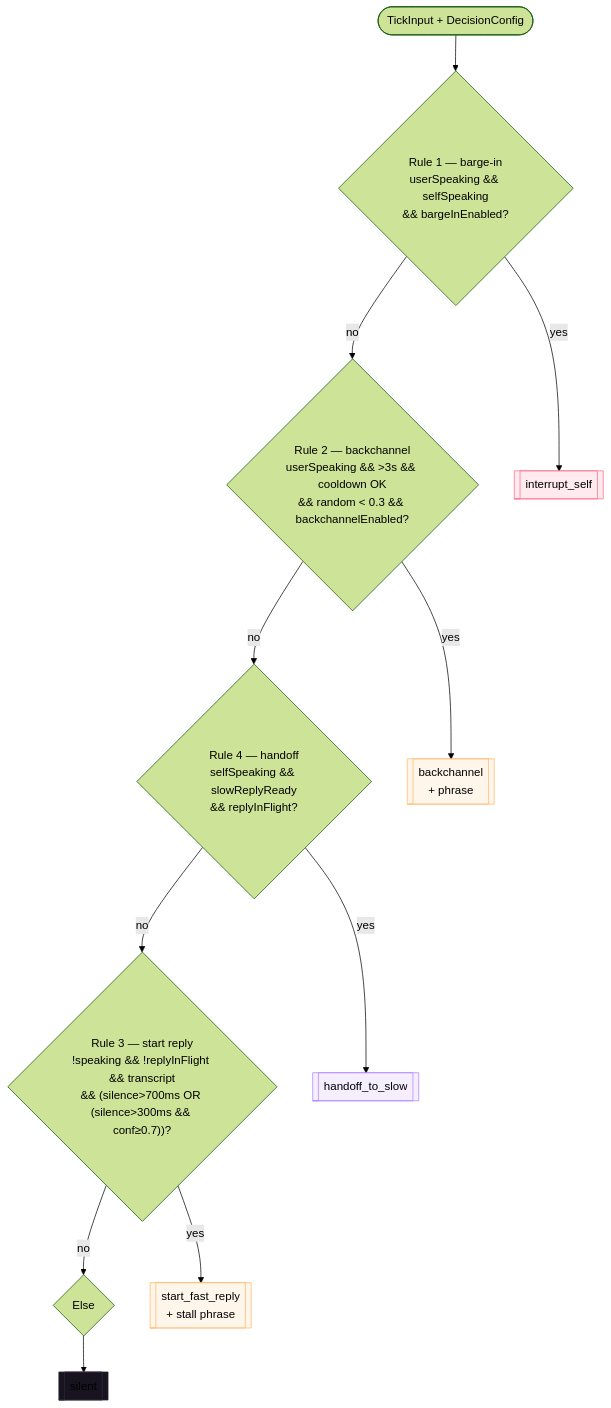
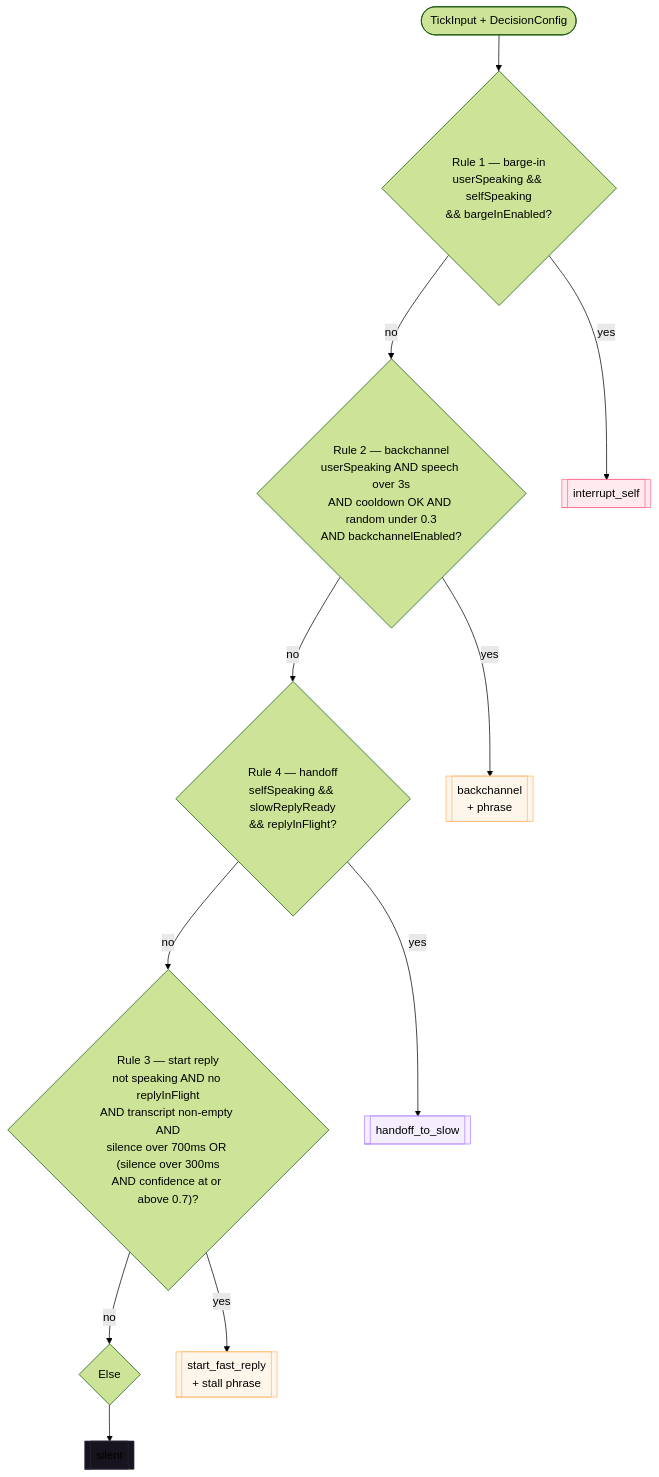
Before and after one commit to skalkii/duetmind: the third of 10 diagrams in docs/FLOWCHARTS.md, drawn with Mermaid (forest theme). The commit also changed other lines of this file and 2 other files, not shown here.

````diff
--- a/docs/FLOWCHARTS.md
+++ b/docs/FLOWCHARTS.md
@@ -90,33 +90,33 @@
 ```mermaid
 flowchart TD
   In([TickInput + DecisionConfig])
 
   R1{"Rule 1 — barge-in<br/>userSpeaking && selfSpeaking<br/>&& bargeInEnabled?"}
-  R2{"Rule 2 — backchannel<br/>userSpeaking && >3s && cooldown OK<br/>&& random &lt; 0.3 && backchannelEnabled?"}
+  R2{"Rule 2 — backchannel<br/>userSpeaking AND speech over 3s<br/>AND cooldown OK AND random under 0.3<br/>AND backchannelEnabled?"}
   R4{"Rule 4 — handoff<br/>selfSpeaking && slowReplyReady<br/>&& replyInFlight?"}
-  R3{"Rule 3 — start reply<br/>!speaking && !replyInFlight && transcript<br/>&& (silence&gt;700ms OR (silence&gt;300ms && conf≥0.7))?"}
+  R3{"Rule 3 — start reply<br/>not speaking AND no replyInFlight<br/>AND transcript non-empty AND<br/>silence over 700ms OR (silence over 300ms<br/>AND confidence at or above 0.7)?"}
   R5{Else}
 
   A1[["interrupt_self"]]
   A2[["backchannel<br/>+ phrase"]]
   A4[["handoff_to_slow"]]
   A3[["start_fast_reply<br/>+ stall phrase"]]
   A5[["silent"]]
 
   In --> R1
   R1 -- yes --> A1
   R1 -- no --> R2
   R2 -- yes --> A2
   R2 -- no --> R4
   R4 -- yes --> A4
   R4 -- no --> R3
   R3 -- yes --> A3
   R3 -- no --> R5
   R5 --> A5
 
   style A1 fill:#ff6b8a22,stroke:#ff6b8a
   style A2 fill:#ffb86b22,stroke:#ffb86b
   style A4 fill:#b083ff22,stroke:#b083ff
   style A3 fill:#ffb86b22,stroke:#ffb86b
   style A5 fill:#17141f,stroke:#2d2738
 ```
````
